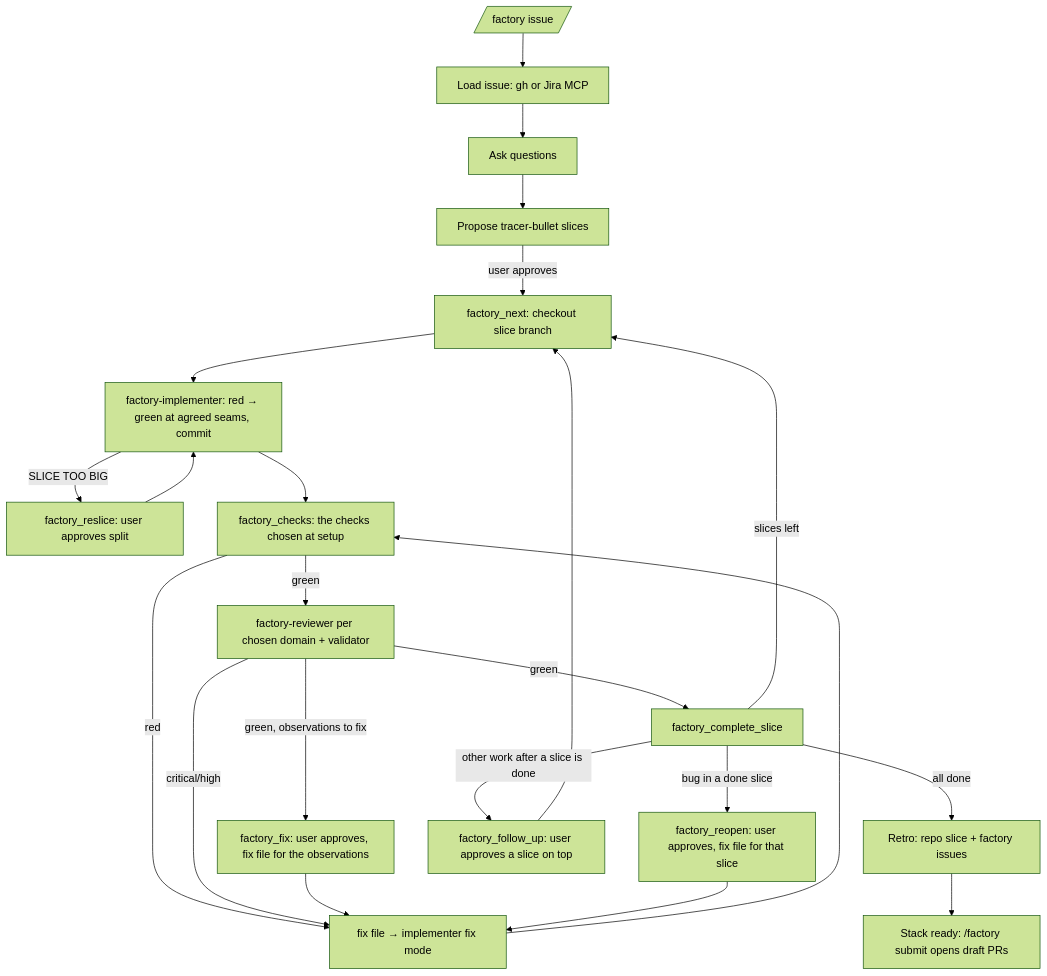
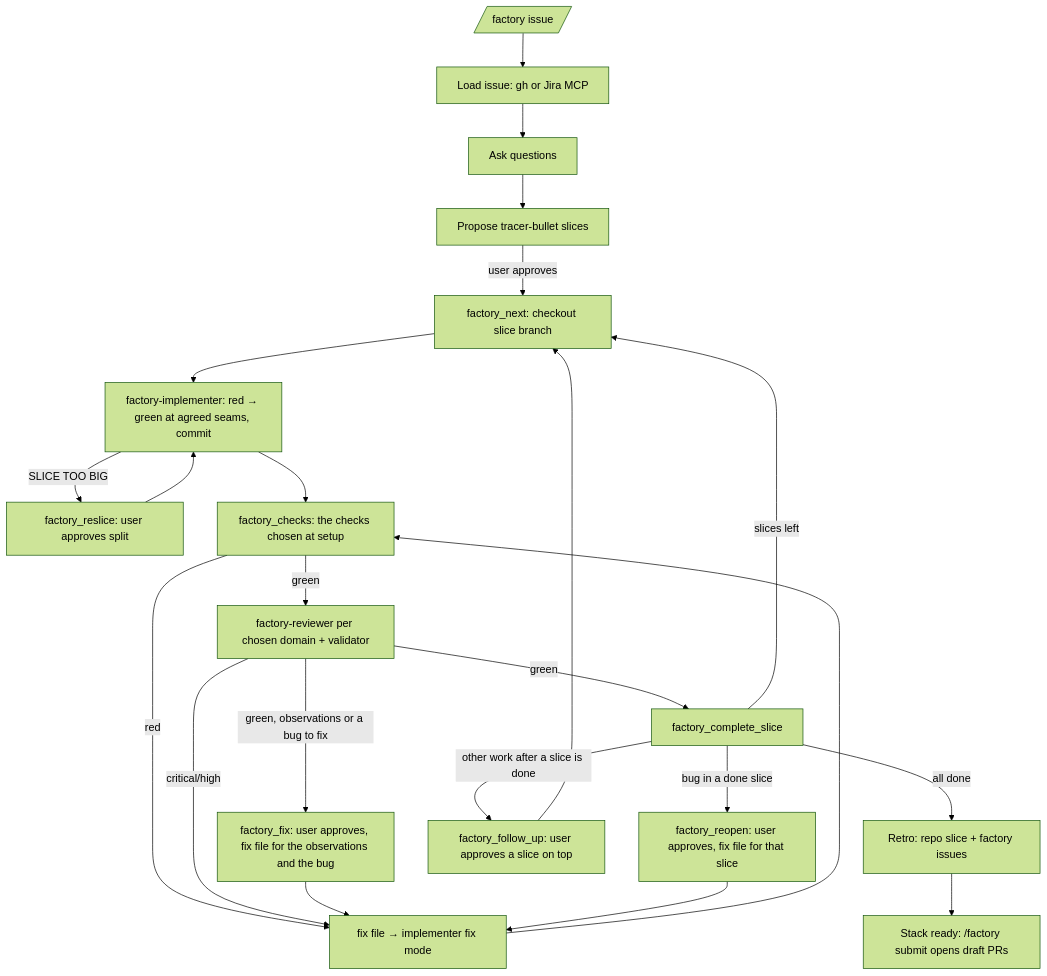
Before and after one commit to adrianbrowning/software-factory: the diagram in README.md, drawn with Mermaid (forest theme). The commit also changed other lines of this file and 6 other files, not shown here.

Commit message:
02: let factory_fix take a free-text bug for the active green slice

````diff
--- a/README.md
+++ b/README.md
@@ -8,25 +8,25 @@
 ```mermaid
 flowchart TD
   A[/factory issue/] --> B[Load issue: gh or Jira MCP]
   B --> C[Ask questions]
   C --> D[Propose tracer-bullet slices]
   D -->|user approves| E[factory_next: checkout slice branch]
   E --> F[factory-implementer: red → green at agreed seams, commit]
   F -->|SLICE TOO BIG| R[factory_reslice: user approves split]
   R --> F
   F --> G[factory_checks: the checks chosen at setup]
   G -->|red| H[fix file → implementer fix mode]
   H --> G
   G -->|green| I[factory-reviewer per chosen domain + validator]
   I -->|critical/high| H
   I -->|green| J[factory_complete_slice]
-  I -->|green, observations to fix| Q[factory_fix: user approves, fix file for the observations]
+  I -->|green, observations or a bug to fix| Q[factory_fix: user approves, fix file for the observations and the bug]
   Q --> H
   J -->|slices left| E
   J -->|all done| K[Retro: repo slice + factory issues]
   J -->|bug in a done slice| O[factory_reopen: user approves, fix file for that slice]
   O --> H
   J -->|other work after a slice is done| P[factory_follow_up: user approves a slice on top]
   P --> E
   K --> L[Stack ready: /factory submit opens draft PRs]
 ```
````
